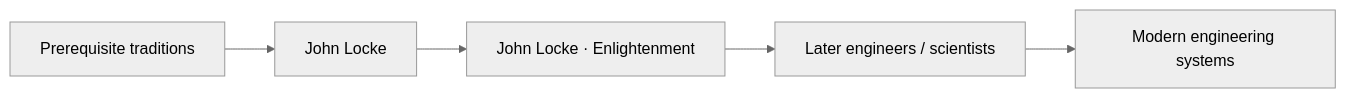
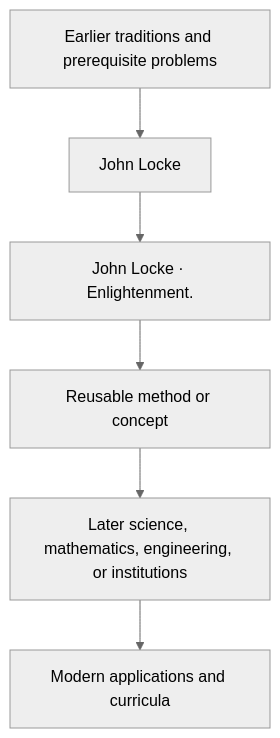
The diagram in docs/history/john-locke/influence.md (via-decide/ViaLogic), drawn with Mermaid (neutral theme) before and after one commit. The commit also changed other lines of this file and 858 other files, not shown here.

````diff
--- a/docs/history/john-locke/influence.md
+++ b/docs/history/john-locke/influence.md
@@ -29,7 +16,8 @@
 ```mermaid
-graph LR
-  prerequisites["Prerequisite traditions"] --> current["John Locke"]
-  current --> contribution["John Locke · Enlightenment"]
-  contribution --> successors["Later engineers / scientists"]
-  successors --> modern["Modern engineering systems"]
+graph TD
+  Prior[Earlier traditions and prerequisite problems] --> Person[John Locke]
+  Person --> Contribution[John Locke · Enlightenment.]
+  Contribution --> Method[Reusable method or concept]
+  Method --> Later[Later science, mathematics, engineering, or institutions]
+  Later --> Modern[Modern applications and curricula]
 ```
````
